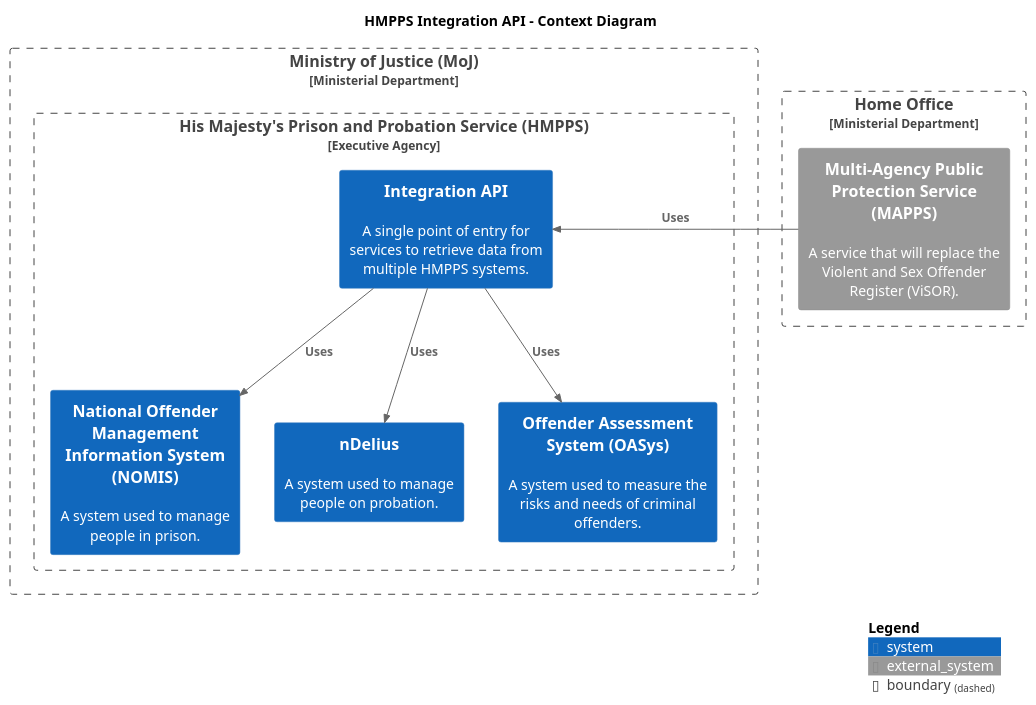
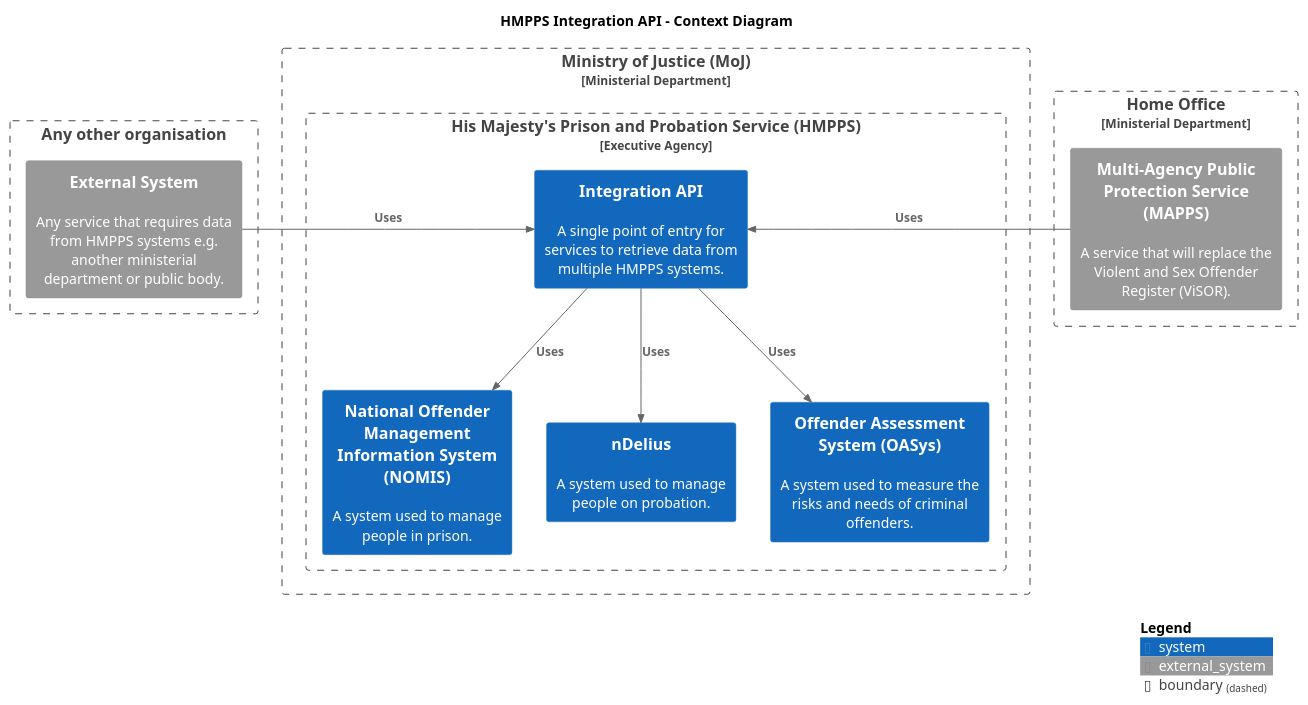
Before and after one commit to ministryofjustice/hmpps-integration-api: the diagram in docs/diagrams/context-diagram.puml, drawn with PlantUML. The commit also changed 1 other file, not shown here.

Commit message:
Update context diagram to show that other organisations may be consumers

```diff
--- a/docs/diagrams/context-diagram.puml
+++ b/docs/diagrams/context-diagram.puml
@@ -1,31 +1,36 @@
 @startuml context-diagram
 
 !include https://raw.githubusercontent.com/plantuml-stdlib/C4-PlantUML/master/C4_Context.puml
 
 skinparam linetype polyline
 
 title HMPPS Integration API - Context Diagram
 
 Boundary(home_office, "Home Office", "Ministerial Department") {
   System_Ext(mapps, "Multi-Agency Public Protection Service (MAPPS)", "A service that will replace the Violent and Sex Offender Register (ViSOR).")
+}
+
+Boundary(other_organisation, "Any other organisation") {
+  System_Ext(external_system, "External System", "Any service that requires data from HMPPS systems e.g. another ministerial department or public body.")
 }
 
 Boundary(moj, "Ministry of Justice (MoJ)", "Ministerial Department") {
   Boundary(hmpps, "His Majesty's Prison and Probation Service (HMPPS)", "Executive Agency") {
     System(hmpps_integration_api, "Integration API", "A single point of entry for services to retrieve data from multiple HMPPS systems.")
 
     System(nomis, "National Offender Management Information System (NOMIS)", "A system used to manage people in prison.")
     System(ndelius, "nDelius", "A system used to manage people on probation.")
     System(oasys, "Offender Assessment System (OASys)", "A system used to measure the risks and needs of criminal offenders.")
   }
 }
 
 Rel(hmpps_integration_api, nomis, "Uses")
 Rel(hmpps_integration_api, ndelius, "Uses")
 Rel(hmpps_integration_api, oasys, "Uses")
 
+Rel_Right(external_system, hmpps_integration_api, "Uses")
 Rel_Left(mapps, hmpps_integration_api, "Uses")
 
 SHOW_DYNAMIC_LEGEND()
 
 @enduml
```
